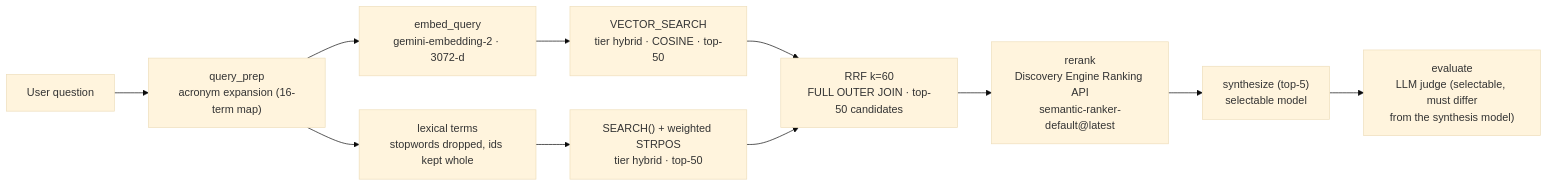
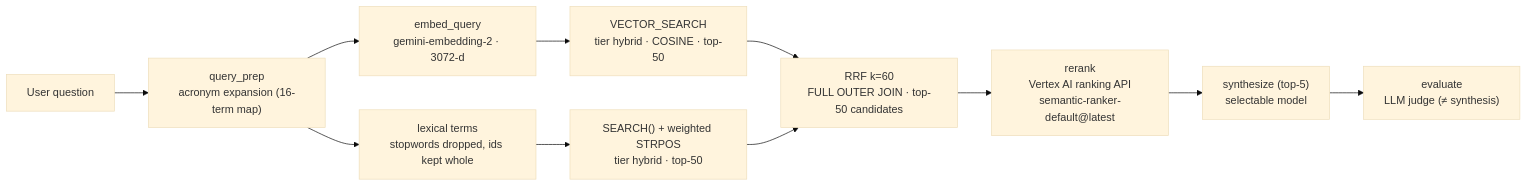
Before and after one commit to nishitpatel01/rag-arena: the second of 6 diagrams in README.md, drawn with Mermaid (base theme). The commit also changed other lines of this file and 2 other files, not shown here.

Commit message:
docs: README opens with problem + solution, GCP products per level, quality & tests, clean layout tree, MIT LICENSE; principles table moved to ARCHITECTURE §0

````diff
--- a/README.md
+++ b/README.md
@@ -68,13 +92,13 @@
 ```mermaid
 flowchart LR
     U["User question"] --> QP["query_prep<br/>acronym expansion (16-term map)"]
     QP --> EQ["embed_query<br/>gemini-embedding-2 · 3072-d"]
     QP --> LX["lexical terms<br/>stopwords dropped, ids kept whole"]
     EQ --> VS["VECTOR_SEARCH<br/>tier hybrid · COSINE · top-50"]
     LX --> SR["SEARCH() + weighted STRPOS<br/>tier hybrid · top-50"]
     VS --> RRF["RRF k=60<br/>FULL OUTER JOIN · top-50 candidates"]
     SR --> RRF
-    RRF --> RK["rerank<br/>Discovery Engine Ranking API<br/>semantic-ranker-default@latest"]
+    RRF --> RK["rerank<br/>Vertex AI ranking API<br/>semantic-ranker-default@latest"]
     RK --> SY["synthesize (top-5)<br/>selectable model"]
-    SY --> EV["evaluate<br/>LLM judge (selectable, must differ<br/>from the synthesis model)"]
+    SY --> EV["evaluate<br/>LLM judge (≠ synthesis)"]
 ```
````
